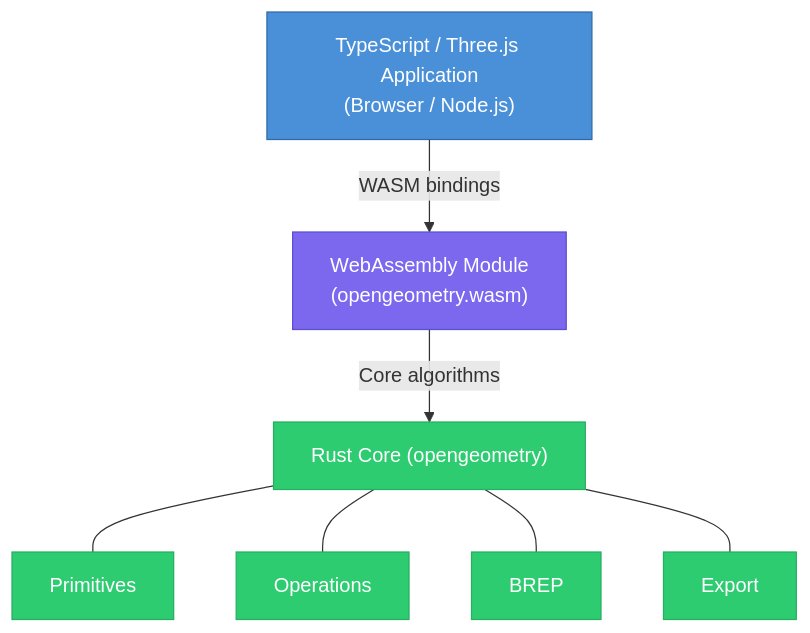
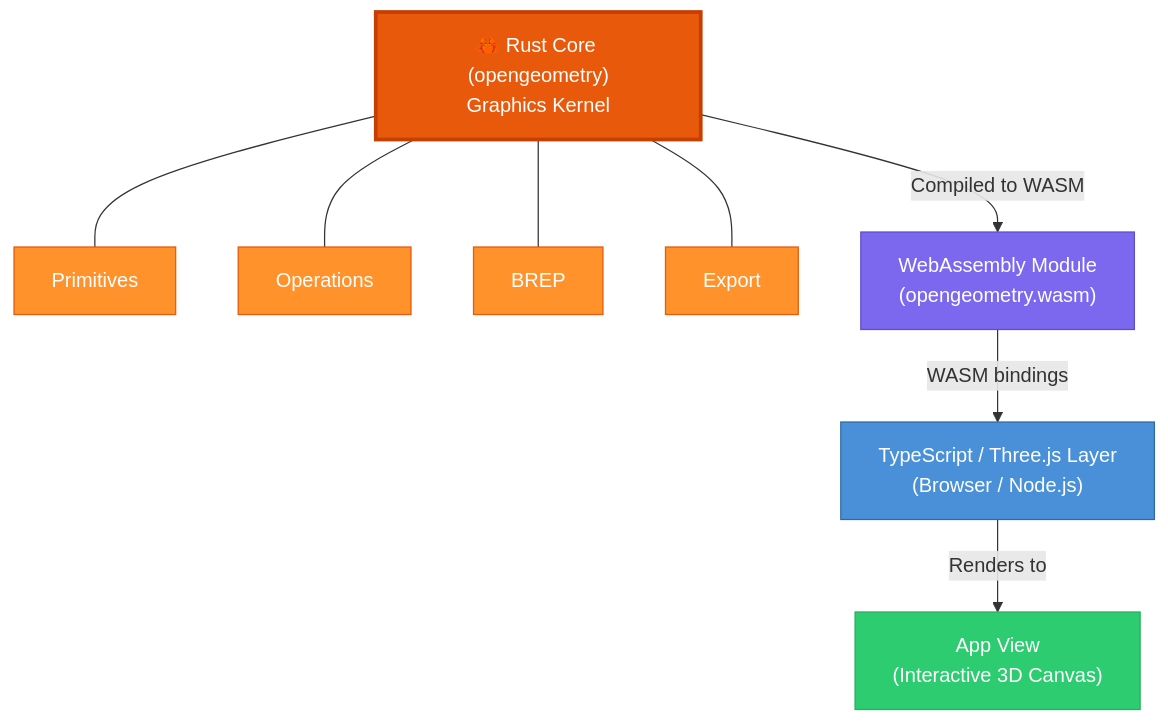
The diagram in OpenGeometry/concepts/architecture.mdx (OpenGeometry-io/auto-docs), drawn with Mermaid before and after one commit. The commit also changed 2 other files, not shown here.

Commit message:
better navigation and missing pages

````diff
--- a/OpenGeometry/concepts/architecture.mdx
+++ b/OpenGeometry/concepts/architecture.mdx
@@ -12,18 +12,22 @@
 ```mermaid
 graph TD
-    A["TypeScript / Three.js Application\n(Browser / Node.js)"] -->|WASM bindings| B["WebAssembly Module\n(opengeometry.wasm)"]
-    B -->|Core algorithms| C["Rust Core (opengeometry)"]
+    C["🦀 Rust Core (opengeometry)\nGraphics Kernel"]
 
     C --- D["Primitives"]
     C --- E["Operations"]
     C --- F["BREP"]
     C --- G["Export"]
 
+    C -->|Compiled to WASM| B["WebAssembly Module\n(opengeometry.wasm)"]
+    B -->|WASM bindings| A["TypeScript / Three.js Layer\n(Browser / Node.js)"]
+    A -->|Renders to| V["App View\n(Interactive 3D Canvas)"]
+
+    style C fill:#E8590C,stroke:#C73E00,color:#fff,stroke-width:3px
+    style D fill:#FF922B,stroke:#E8590C,color:#fff
+    style E fill:#FF922B,stroke:#E8590C,color:#fff
+    style F fill:#FF922B,stroke:#E8590C,color:#fff
+    style G fill:#FF922B,stroke:#E8590C,color:#fff
+    style B fill:#7B68EE,stroke:#5A4FCF,color:#fff
     style A fill:#4A90D9,stroke:#2E6BA6,color:#fff
-    style B fill:#7B68EE,stroke:#5A4FCF,color:#fff
-    style C fill:#2ECC71,stroke:#27AE60,color:#fff
-    style D fill:#2ECC71,stroke:#27AE60,color:#fff
-    style E fill:#2ECC71,stroke:#27AE60,color:#fff
-    style F fill:#2ECC71,stroke:#27AE60,color:#fff
-    style G fill:#2ECC71,stroke:#27AE60,color:#fff
+    style V fill:#2ECC71,stroke:#27AE60,color:#fff
 ```
````
